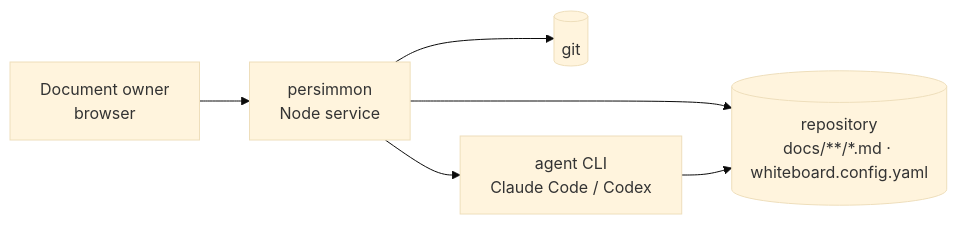
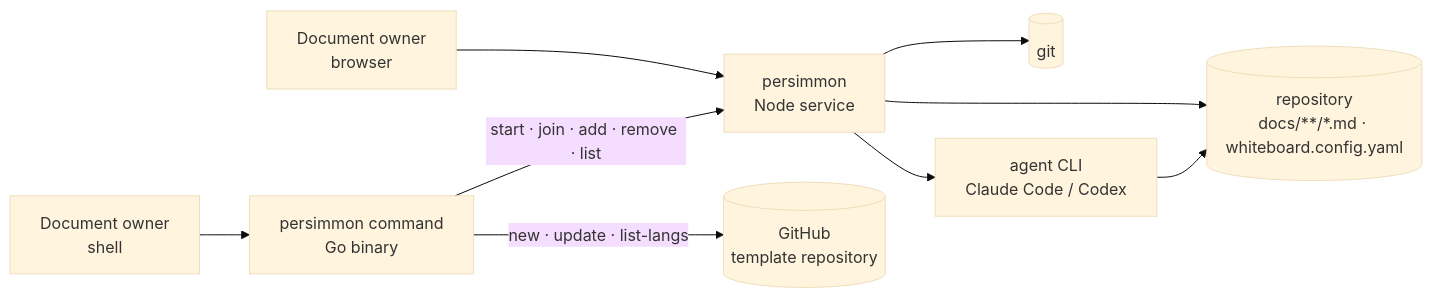
Before and after one commit to ryan-alexander-zhang/persimmon: the first of 2 diagrams in ARCHITECTURE.md, drawn with Mermaid (base theme). The commit also changed other lines of this file and 5 other files, not shown here.

Commit message:
docs: fill the go-side values into the root guides and architecture index (decision-00020)

````diff
--- a/ARCHITECTURE.md
+++ b/ARCHITECTURE.md
@@ -24,8 +25,11 @@
 ```mermaid
 flowchart LR
   U[Document owner<br/>browser] --> S[persimmon<br/>Node service]
+  H[Document owner<br/>shell] --> C[persimmon command<br/>Go binary]
+  C -->|new · update · list-langs| T[(GitHub<br/>template repository)]
+  C -->|start · join · add · remove · list| S
   S --> D[(repository<br/>docs/**/*.md · whiteboard.config.yaml)]
   S --> G[(git)]
   S --> A[agent CLI<br/>Claude Code / Codex]
   A --> D
 ```
````
